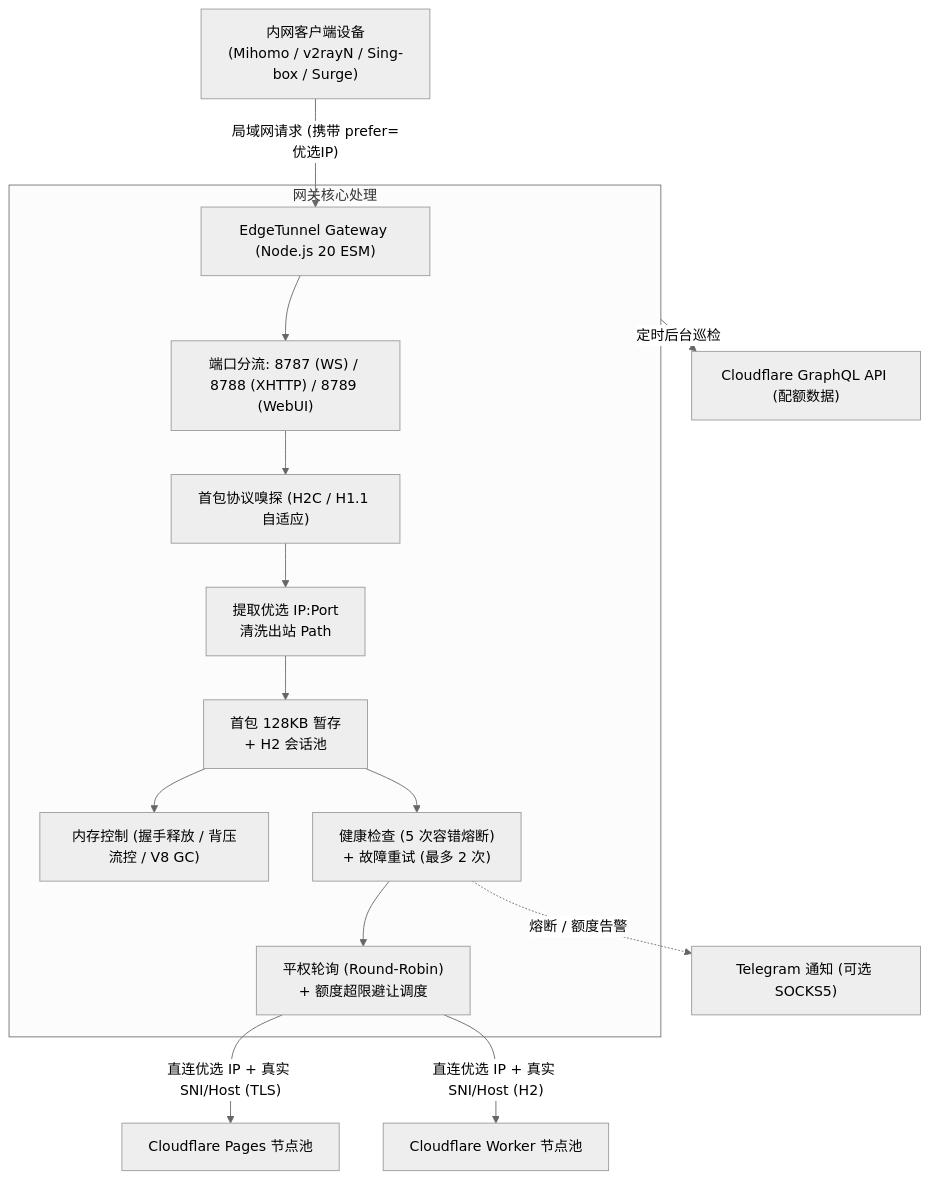
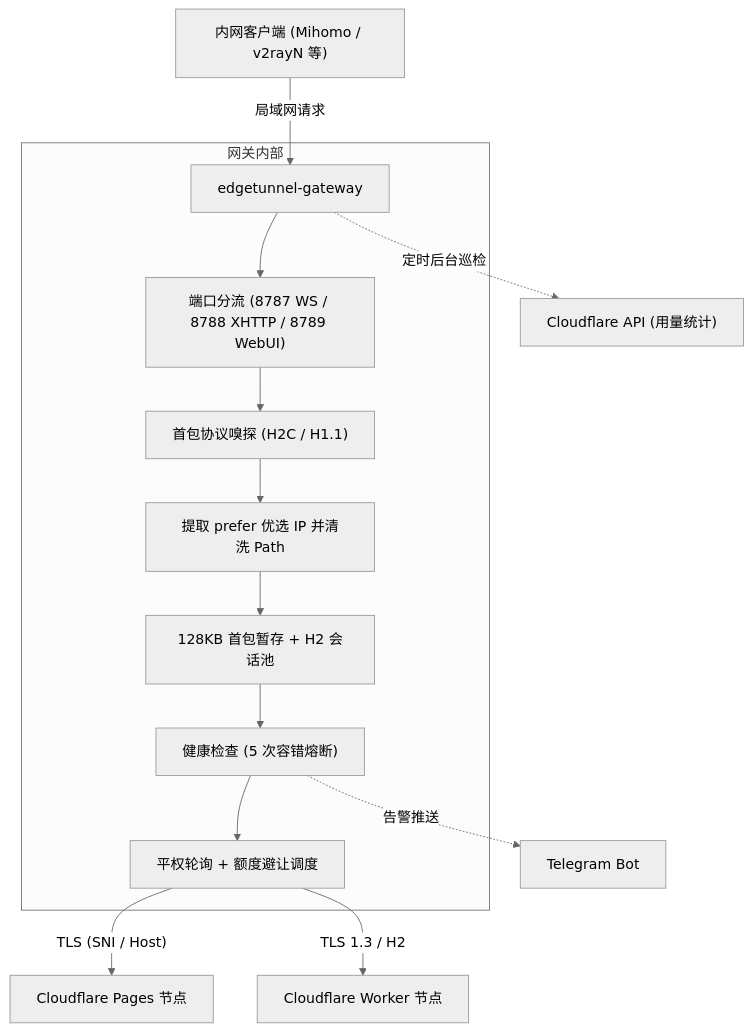
Before and after one commit to aihddelyy/edgetunnel-gateway: the diagram in docs/wiki/Home.md, drawn with Mermaid (neutral theme). The commit also changed other lines of this file and 9 other files, not shown here.

````diff
--- a/docs/wiki/Home.md
+++ b/docs/wiki/Home.md
@@ -11,19 +9,18 @@
 ```mermaid
 graph TD
-    Client["内网客户端设备<br/>(Mihomo / v2rayN / Sing-box / Surge)"] -->|"局域网请求 (携带 prefer=优选IP)"| GW["EdgeTunnel Gateway (Node.js 20 ESM)"]
+    Client["内网客户端 (Mihomo / v2rayN 等)"] -->|局域网请求| GW["edgetunnel-gateway"]
 
-    subgraph CoreEngine["网关核心处理"]
-        GW --> Ports["端口分流: 8787 (WS) / 8788 (XHTTP) / 8789 (WebUI)"]
-        Ports --> Sniff["首包协议嗅探 (H2C / H1.1 自适应)"]
-        Sniff --> Prefer["提取优选 IP:Port<br/>清洗出站 Path"]
-        Prefer --> BufferPool["首包 128KB 暂存<br/>+ H2 会话池"]
-        BufferPool --> MemoryGuard["内存控制 (握手释放 / 背压流控 / V8 GC)"]
-        BufferPool --> Health["健康检查 (5 次容错熔断)<br/>+ 故障重试 (最多 2 次)"]
-        Health --> LB["平权轮询 (Round-Robin)<br/>+ 额度超限避让调度"]
+    subgraph 网关内部
+        GW --> Ports["端口分流 (8787 WS / 8788 XHTTP / 8789 WebUI)"]
+        Ports --> Sniff["首包协议嗅探 (H2C / H1.1)"]
+        Sniff --> Prefer["提取 prefer 优选 IP 并清洗 Path"]
+        Prefer --> BufferPool["128KB 首包暂存 + H2 会话池"]
+        BufferPool --> Health["健康检查 (5 次容错熔断)"]
+        Health --> LB["平权轮询 + 额度避让调度"]
     end
 
-    LB -->|"直连优选 IP + 真实 SNI/Host (TLS)"| PagesPool["Cloudflare Pages 节点池"]
-    LB -->|"直连优选 IP + 真实 SNI/Host (H2)"| WorkerPool["Cloudflare Worker 节点池"]
-    CoreEngine -->|"定时后台巡检"| CFAPI["Cloudflare GraphQL API (配额数据)"]
-    Health -.->|"熔断 / 额度告警"| TG["Telegram 通知 (可选 SOCKS5)"]
+    LB -->|"TLS (SNI / Host)"| PagesPool["Cloudflare Pages 节点"]
+    LB -->|"TLS 1.3 / H2"| WorkerPool["Cloudflare Worker 节点"]
+    GW -.->|定时后台巡检| CFAPI["Cloudflare API (用量统计)"]
+    Health -.->|告警推送| TG["Telegram Bot"]
 ```
````
